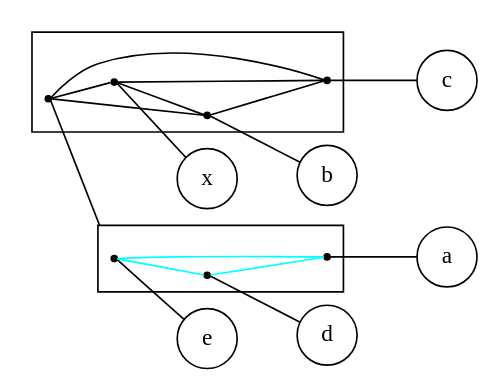
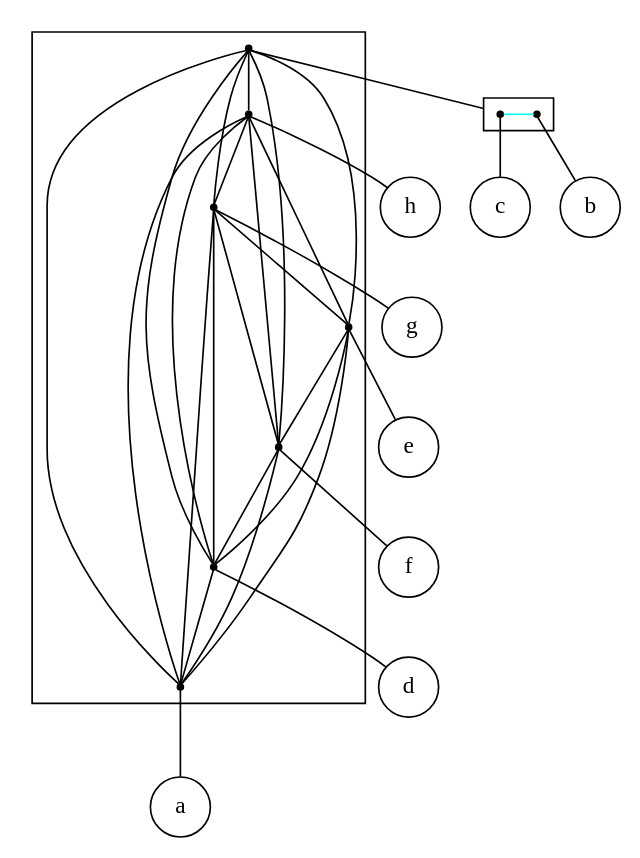
Before and after one commit to lrodrin/TFG: the diagram in src/final/linear_2-structure.dot, drawn with Graphviz. The commit also changed 14 other files, not shown here.

```diff
--- a/src/final/linear_2-structure.dot
+++ b/src/final/linear_2-structure.dot
@@ -1,37 +1,55 @@
 digraph "linear_2-structure" {
 compound=true;
 fontname=Verdana;
 fontsize=12;
-rankdir=LR;
+newrank=true;
 node [shape=circle];
-x;
-b;
-c;
+h;
+g;
 e;
+f;
 d;
 a;
-subgraph cluster_xcabde {
+c;
+b;
+subgraph cluster_adbhecfg {
 node [shape=point];
-s_dae -> s_x  [color=black, arrowhead=none];
-s_dae -> s_b  [color=black, arrowhead=none];
-s_dae -> s_c  [color=black, arrowhead=none];
-s_x -> s_b  [color=black, arrowhead=none];
-s_x -> s_c  [color=black, arrowhead=none];
-s_b -> s_c  [color=black, arrowhead=none];
+s_cb -> s_h  [color=black, arrowhead=none];
+s_cb -> s_g  [color=black, arrowhead=none];
+s_cb -> s_e  [color=black, arrowhead=none];
+s_cb -> s_f  [color=black, arrowhead=none];
+s_cb -> s_d  [color=black, arrowhead=none];
+s_cb -> s_a  [color=black, arrowhead=none];
+s_h -> s_g  [color=black, arrowhead=none];
+s_h -> s_e  [color=black, arrowhead=none];
+s_h -> s_f  [color=black, arrowhead=none];
+s_h -> s_d  [color=black, arrowhead=none];
+s_h -> s_a  [color=black, arrowhead=none];
+s_g -> s_e  [color=black, arrowhead=none];
+s_g -> s_f  [color=black, arrowhead=none];
+s_g -> s_d  [color=black, arrowhead=none];
+s_g -> s_a  [color=black, arrowhead=none];
+s_e -> s_f  [color=black, arrowhead=none];
+s_e -> s_d  [color=black, arrowhead=none];
+s_e -> s_a  [color=black, arrowhead=none];
+s_f -> s_d  [color=black, arrowhead=none];
+s_f -> s_a  [color=black, arrowhead=none];
+s_d -> s_a  [color=black, arrowhead=none];
 }
 
-subgraph cluster_dae {
+subgraph cluster_cb {
+rank=same;
 node [shape=point];
-s_e -> s_d  [color=cyan, arrowhead=none];
-s_e -> s_a  [color=cyan, arrowhead=none];
-s_d -> s_a  [color=cyan, arrowhead=none];
+s_c -> s_b  [color=cyan, arrowhead=none];
 }
 
-s_dae -> s_e  [lhead=cluster_dae, arrowhead=none];
-s_x -> x  [arrowhead=none];
-s_b -> b  [arrowhead=none];
-s_c -> c  [arrowhead=none];
+s_cb -> s_c  [lhead=cluster_cb, arrowhead=none];
+s_h -> h  [arrowhead=none];
+s_g -> g  [arrowhead=none];
 s_e -> e  [arrowhead=none];
+s_f -> f  [arrowhead=none];
 s_d -> d  [arrowhead=none];
 s_a -> a  [arrowhead=none];
+s_c -> c  [arrowhead=none];
+s_b -> b  [arrowhead=none];
 }
```
